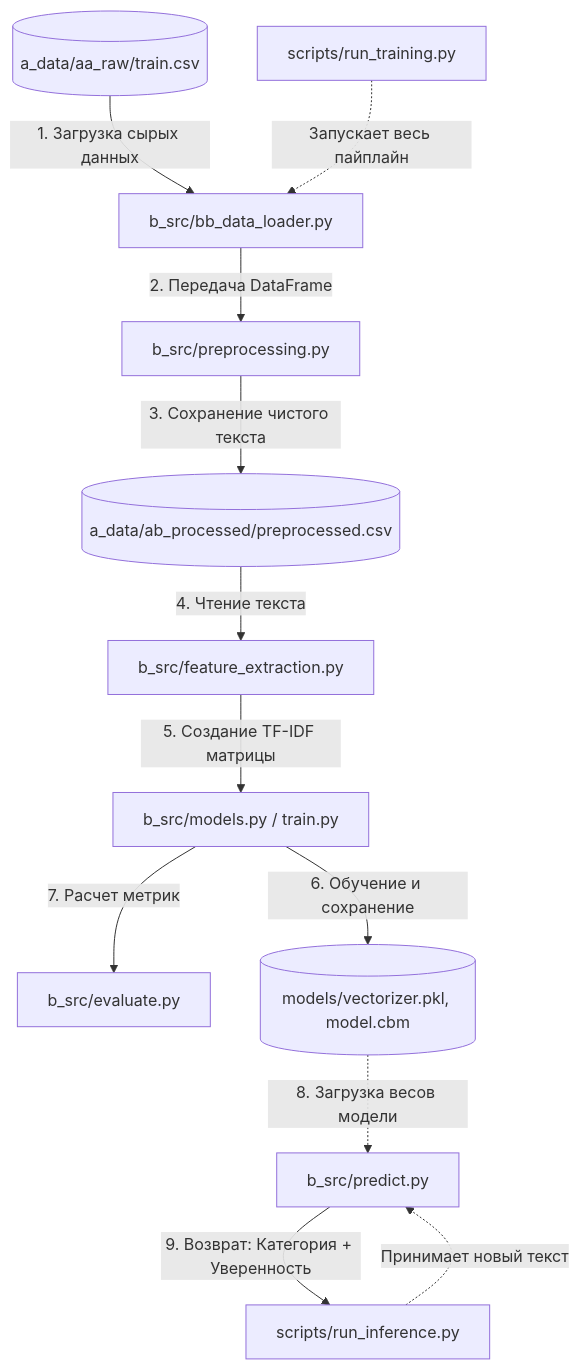
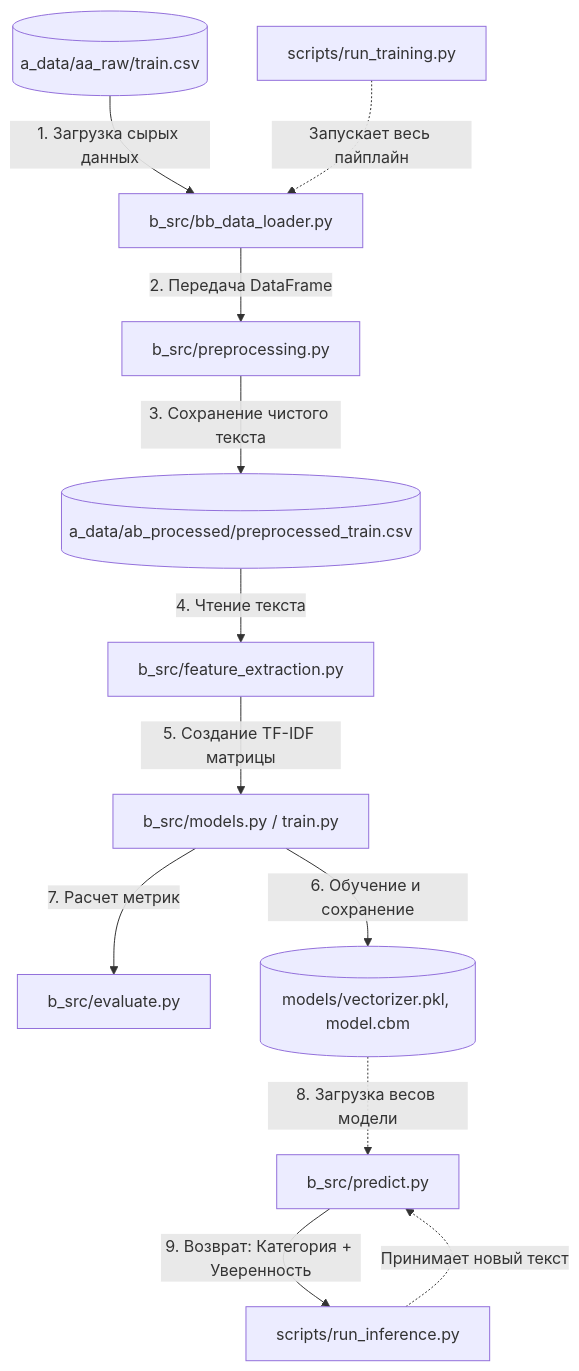
Before and after one commit to VVN8819/nlp_tfidf_logreg_catboost: the diagram in README.md, drawn with Mermaid. The commit also changed other lines of this file and 4 other files, not shown here.

````diff
--- a/README.md
+++ b/README.md
@@ -83,34 +103,34 @@
 ```mermaid
 graph TD
     %% Узлы: Данные
     RawData[("a_data/aa_raw/train.csv")]
-    ProcessedData[("a_data/ab_processed/preprocessed.csv")]
+    ProcessedData[("a_data/ab_processed/preprocessed_train.csv")]
 
     %% Узлы: Исходный код (src)
     DataLoader["b_src/bb_data_loader.py"]
     Preprocessing["b_src/preprocessing.py"]
     FeatureExtraction["b_src/feature_extraction.py"]
     ModelsTrain["b_src/models.py / train.py"]
     Evaluate["b_src/evaluate.py"]
     Predict["b_src/predict.py"]
 
     %% Узлы: Артефакты и Скрипты
     SavedModels[("models/vectorizer.pkl, model.cbm")]
     RunTrain["scripts/run_training.py"]
     RunInference["scripts/run_inference.py"]
 
     %% Поток данных обучения
     RawData -->|1. Загрузка сырых данных| DataLoader
     DataLoader -->|2. Передача DataFrame| Preprocessing
     Preprocessing -->|3. Сохранение чистого текста| ProcessedData
     ProcessedData -->|4. Чтение текста| FeatureExtraction
     FeatureExtraction -->|5. Создание TF-IDF матрицы| ModelsTrain
     ModelsTrain -->|6. Обучение и сохранение| SavedModels
     ModelsTrain -->|7. Расчет метрик| Evaluate
 
     %% Поток инференса
     RunTrain -.->|Запускает весь пайплайн| DataLoader
     RunInference -.->|Принимает новый текст| Predict
     SavedModels -.->|8. Загрузка весов модели| Predict
     Predict -->|9. Возврат: Категория + Уверенность| RunInference
 ```
````
